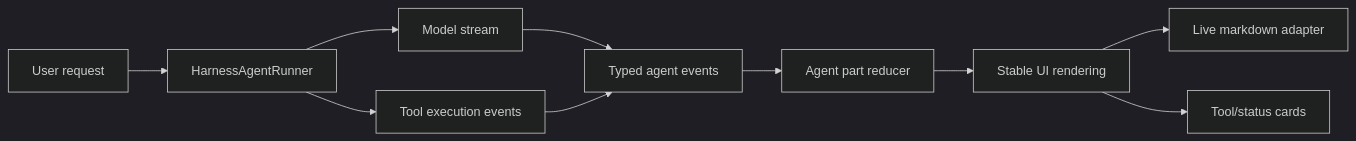
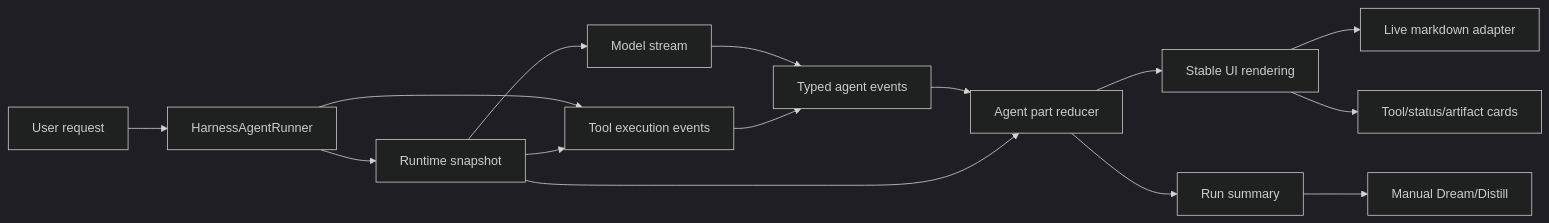
The diagram in docs/plans/2026-06-14-agent-stream-stability-design.md (Ye-hey1/LingMo), drawn with Mermaid (dark theme) before and after one commit. The commit also changed other lines of this file, not shown here.

First line of the commit message:
Unify agent runtime stability design

````diff
--- a/docs/plans/2026-06-14-agent-stream-stability-design.md
+++ b/docs/plans/2026-06-14-agent-stream-stability-design.md
@@ -118,12 +256,17 @@
 ```mermaid
 flowchart LR
   U["User request"] --> R["HarnessAgentRunner"]
-  R --> S["Model stream"]
+  R --> RS["Runtime snapshot"]
+  RS --> S["Model stream"]
   S --> E["Typed agent events"]
   R --> T["Tool execution events"]
+  RS --> T
   T --> E
   E --> P["Agent part reducer"]
+  RS --> P
   P --> UI["Stable UI rendering"]
   UI --> M["Live markdown adapter"]
-  UI --> X["Tool/status cards"]
+  UI --> X["Tool/status/artifact cards"]
+  P --> SUM["Run summary"]
+  SUM --> D["Manual Dream/Distill"]
 ```
````
